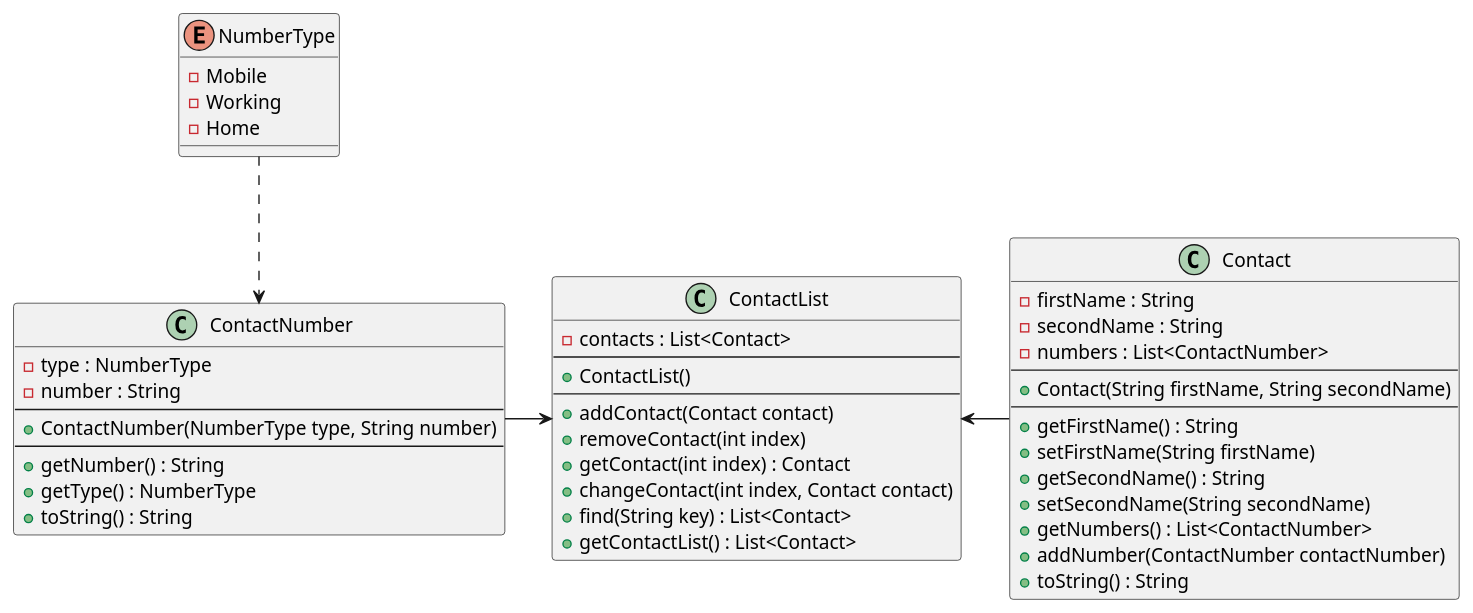
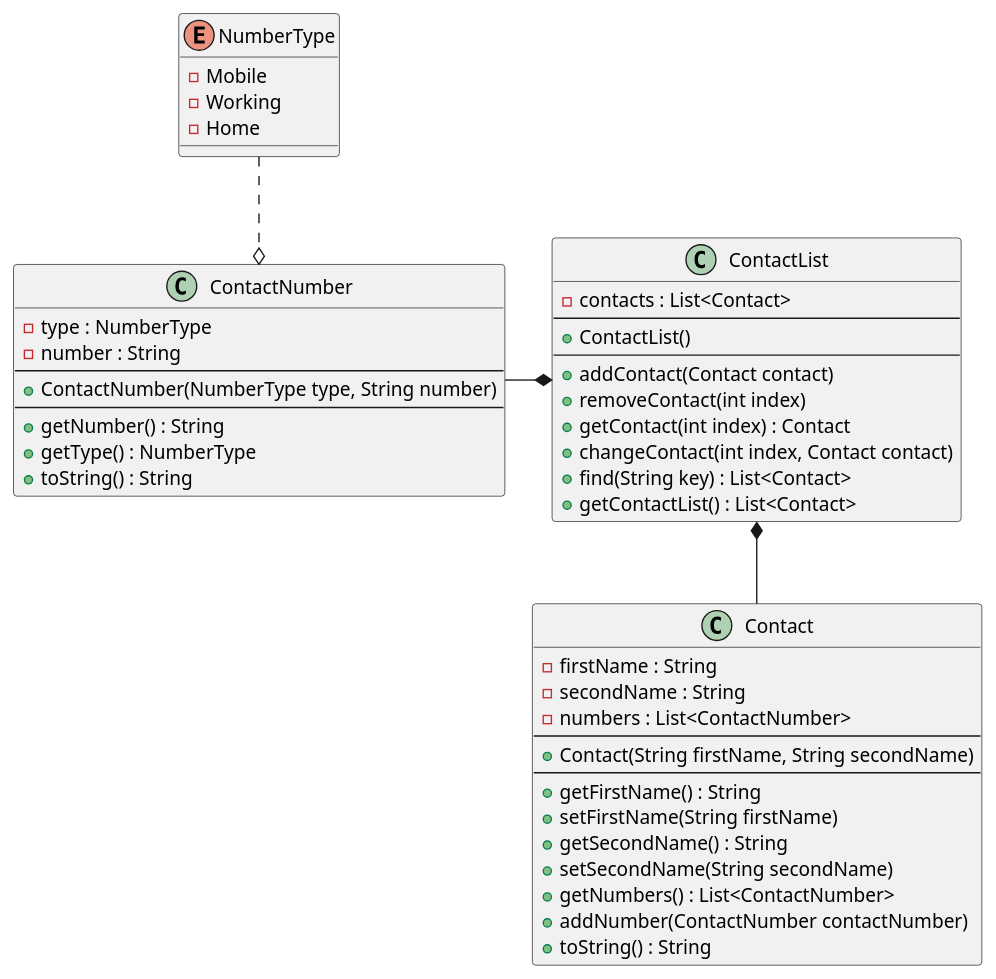
One commit to Emiliano43/PhoneBook changed the diagram in out/production/Lab_3/com/company/diagram.puml. Above: the diagram before and after it, drawn with PlantUML.

```diff
--- a/out/production/Lab_3/com/company/diagram.puml
+++ b/out/production/Lab_3/com/company/diagram.puml
@@ -1,51 +1,51 @@
 @startuml
 enum NumberType {
 - Mobile
 - Working
 - Home
 }
 
 class ContactNumber {
 - type : NumberType
 - number : String
 --
 + ContactNumber(NumberType type, String number)
 --
 + getNumber() : String
 + getType() : NumberType
 + toString() : String
 }
 
 class ContactList {
 - contacts : List<Contact>
 --
 + ContactList()
 --
 + addContact(Contact contact)
 + removeContact(int index)
 + getContact(int index) : Contact
 + changeContact(int index, Contact contact)
 + find(String key) : List<Contact>
 + getContactList() : List<Contact>
 }
 
 class Contact {
 - firstName : String
 - secondName : String
 - numbers : List<ContactNumber>
 --
 + Contact(String firstName, String secondName)
 --
 + getFirstName() : String
 + setFirstName(String firstName)
 + getSecondName() : String
 + setSecondName(String secondName)
 + getNumbers() : List<ContactNumber>
 + addNumber(ContactNumber contactNumber)
 + toString() : String
 }
 
-NumberType ..> ContactNumber
-ContactNumber -> ContactList
-ContactList <- Contact
+NumberType ..o ContactNumber
+ContactNumber -* ContactList
+ContactList *-- Contact
 @enduml
```
